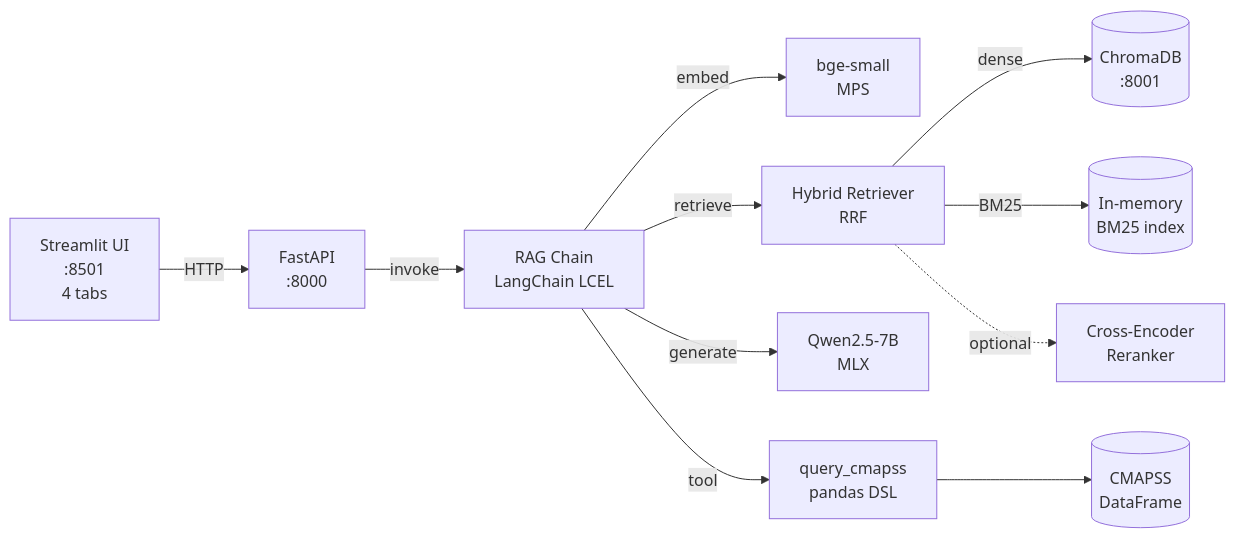
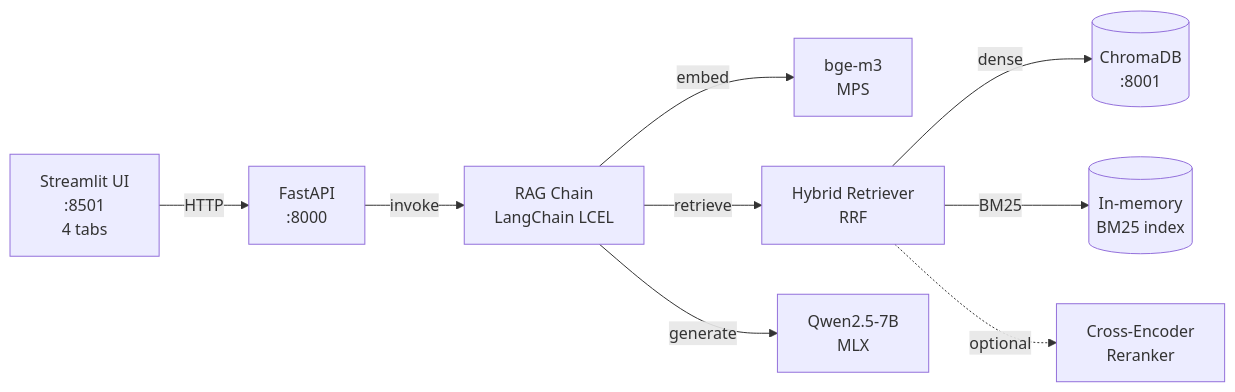
One commit to PDUCLOS/maintenance changed the diagram in README.md. Above: the diagram before and after it, drawn with Mermaid. The commit also changed other lines of this file and 41 other files, not shown here.

````diff
--- a/README.md
+++ b/README.md
@@ -77,13 +79,11 @@
 ```mermaid
 flowchart LR
     UI[Streamlit UI<br/>:8501<br/>4 tabs] -->|HTTP| API[FastAPI<br/>:8000]
     API -->|invoke| RAG[RAG Chain<br/>LangChain LCEL]
-    RAG -->|embed| EMB[bge-small<br/>MPS]
+    RAG -->|embed| EMB[bge-m3<br/>MPS]
     RAG -->|retrieve| HYB[Hybrid Retriever<br/>RRF]
     HYB -->|dense| CHR[(ChromaDB<br/>:8001)]
     HYB -->|BM25| BM25[(In-memory<br/>BM25 index)]
     HYB -.->|optional| RR[Cross-Encoder<br/>Reranker]
     RAG -->|generate| LLM[Qwen2.5-7B<br/>MLX]
-    RAG -->|tool| TOOL[query_cmapss<br/>pandas DSL]
-    TOOL --> DF[(CMAPSS<br/>DataFrame)]
 ```
````
